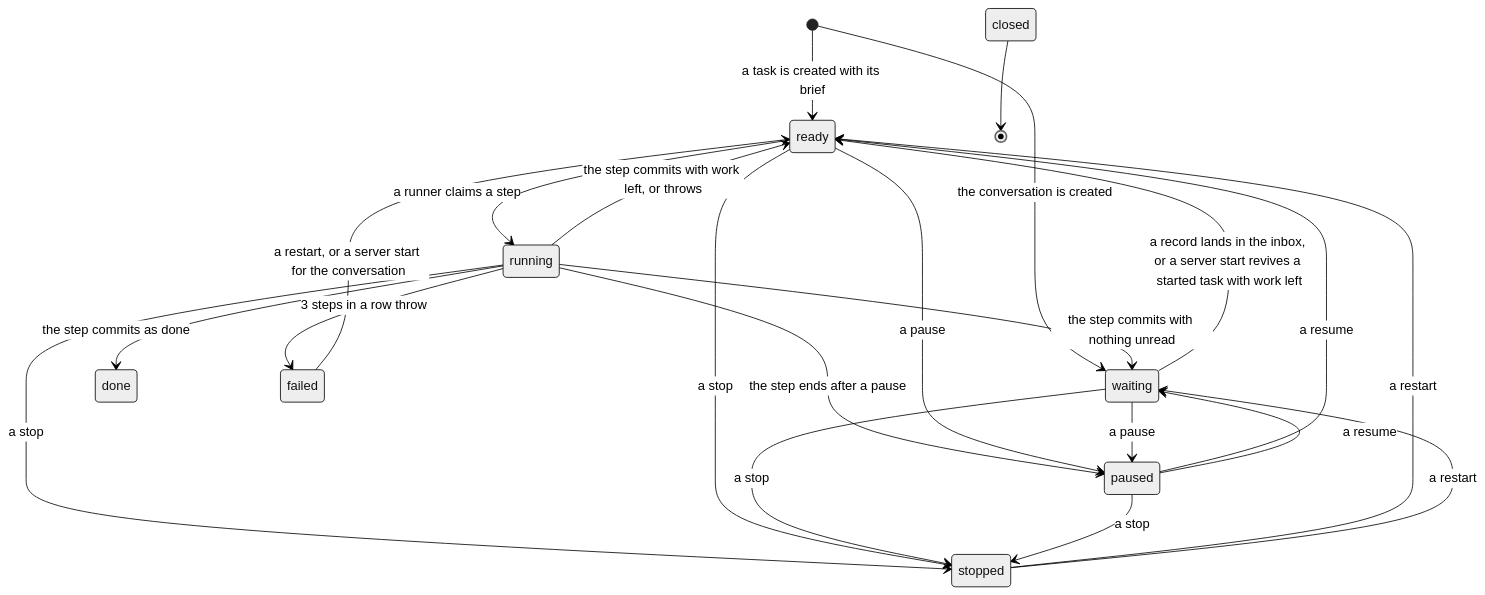
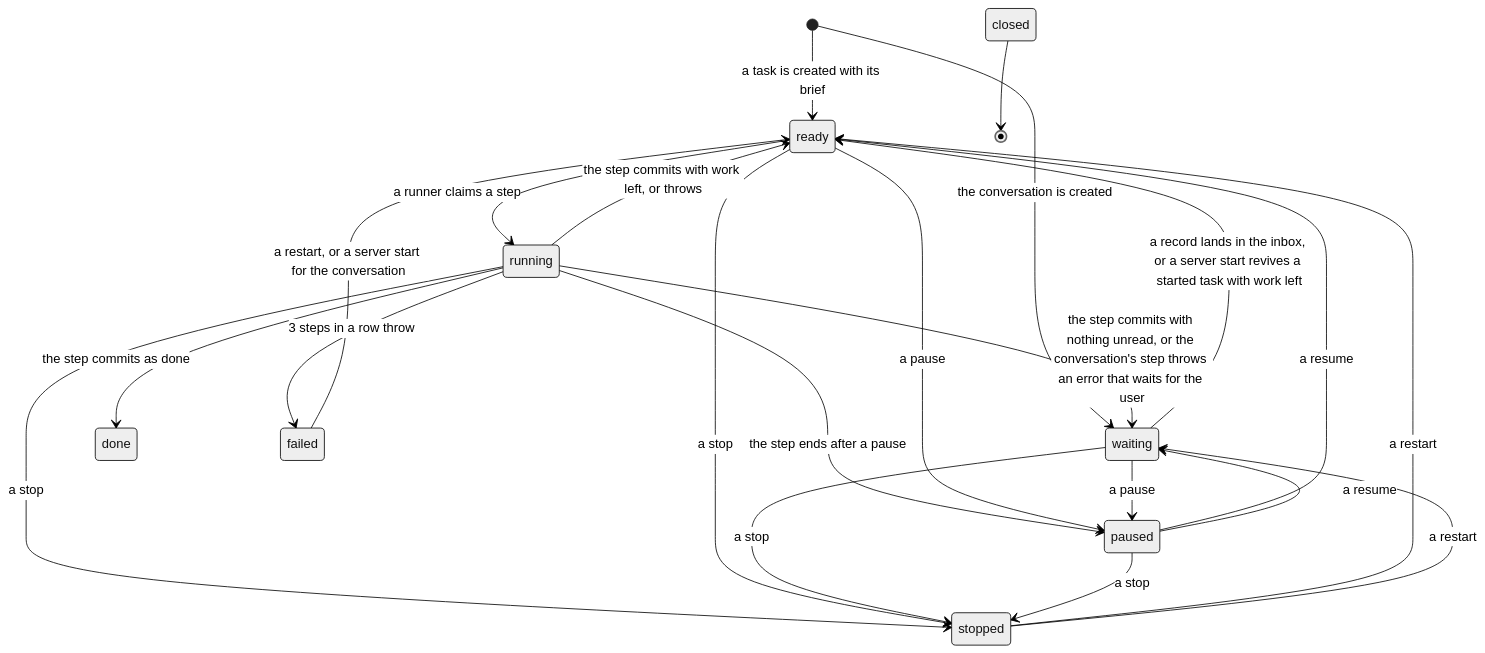
The diagram in docs/architecture/core/tasks.md (zgeoff/nixie), drawn with Mermaid (neutral theme) before and after one commit. The commit also changed other lines of this file and 51 other files, not shown here.

````diff
--- a/docs/architecture/core/tasks.md
+++ b/docs/architecture/core/tasks.md
@@ -17,24 +17,24 @@
 ```mermaid
 stateDiagram-v2
   [*] --> ready: a task is created with its brief
   [*] --> waiting: the conversation is created
   ready --> running: a runner claims a step
   running --> ready: the step commits with work left, or throws
-  running --> waiting: the step commits with nothing unread
+  running --> waiting: the step commits with nothing unread, or the conversation's step throws an error that waits for the user
   running --> done: the step commits as done
   running --> failed: 3 steps in a row throw
   failed --> ready: a restart, or a server start for the conversation
   waiting --> ready: a record lands in the inbox, or a server start revives a started task with work left
   running --> paused: the step ends after a pause
   ready --> paused: a pause
   waiting --> paused: a pause
   paused --> ready: a resume
   paused --> waiting: a resume
   running --> stopped: a stop
   ready --> stopped: a stop
   waiting --> stopped: a stop
   paused --> stopped: a stop
   stopped --> ready: a restart
   stopped --> waiting: a restart
   closed --> [*]
 ```
````
